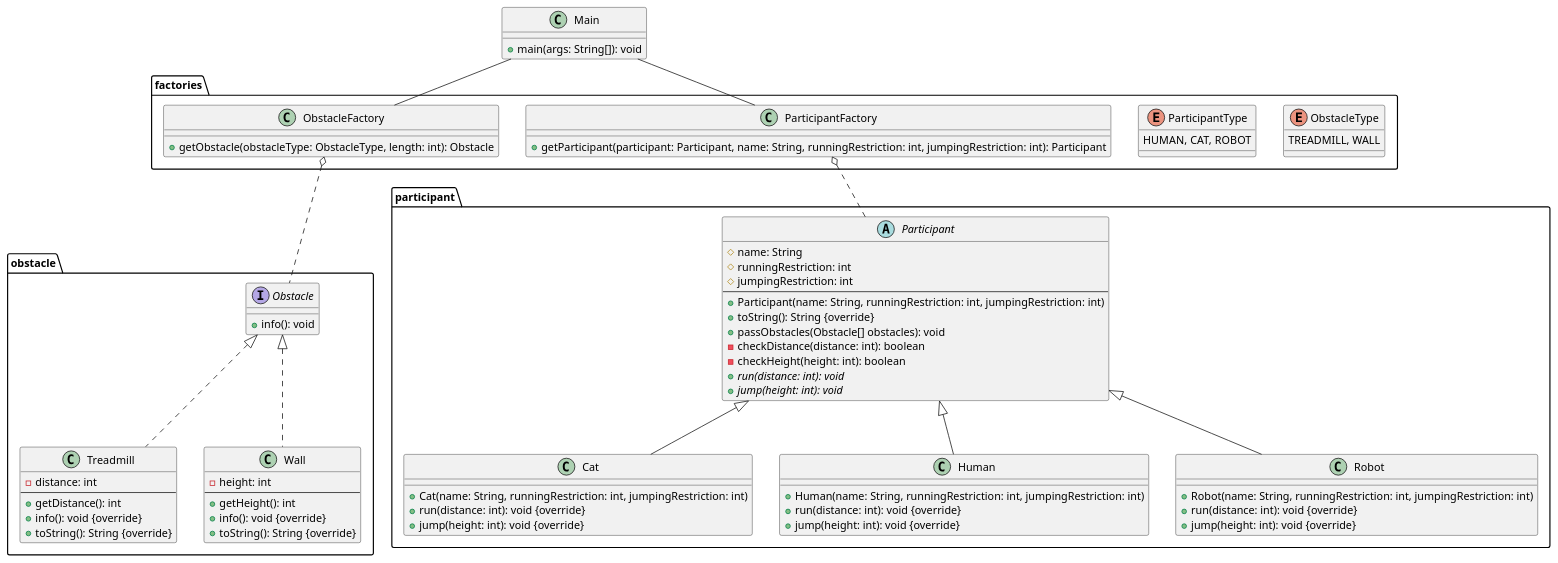
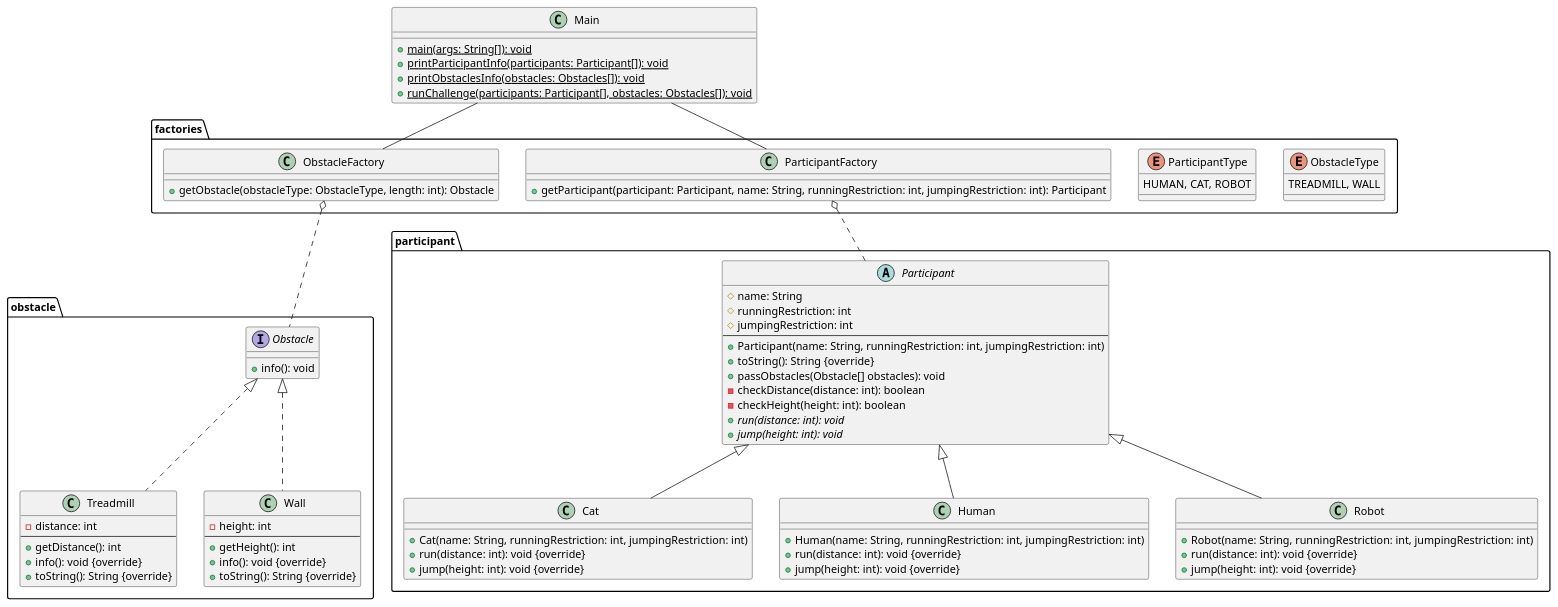
One commit to MarsMoldobekov/Java_Core changed the diagram in lesson8/src/main/java/ru/android/Project.puml. Above: the diagram before and after it, drawn with PlantUML.

Commit message:
Clean code

```diff
--- a/lesson8/src/main/java/ru/android/Project.puml
+++ b/lesson8/src/main/java/ru/android/Project.puml
@@ -1,95 +1,97 @@
 @startuml
-'https://plantuml.com/class-diagram
 
 package "participant" {
-    abstract class Participant{
+    abstract class Participant {
         #name: String
         #runningRestriction: int
         #jumpingRestriction: int
         ---
         +Participant(name: String, runningRestriction: int, jumpingRestriction: int)
         +toString(): String {override}
         +passObstacles(Obstacle[] obstacles): void
         -checkDistance(distance: int): boolean
         -checkHeight(height: int): boolean
         +{abstract}run(distance: int): void
         +{abstract}jump(height: int): void
     }
 
-    class Cat{
+    class Cat {
         +Cat(name: String, runningRestriction: int, jumpingRestriction: int)
         +run(distance: int): void {override}
         +jump(height: int): void {override}
     }
 
-    class Human{
+    class Human {
         +Human(name: String, runningRestriction: int, jumpingRestriction: int)
         +run(distance: int): void {override}
         +jump(height: int): void {override}
     }
 
-    class Robot{
+    class Robot {
         +Robot(name: String, runningRestriction: int, jumpingRestriction: int)
         +run(distance: int): void {override}
         +jump(height: int): void {override}
     }
 
     Participant <|-- Cat
     Participant <|-- Human
     Participant <|-- Robot
 }
 
 package "obstacle" {
-    interface Obstacle{
+    interface Obstacle {
         +info(): void
     }
 
-    class Treadmill{
+    class Treadmill {
         -distance: int
         ---
         +getDistance(): int
         +info(): void {override}
         +toString(): String {override}
     }
 
-    class Wall{
+    class Wall {
         -height: int
         ---
         +getHeight(): int
         +info(): void {override}
         +toString(): String {override}
     }
 
     Obstacle <|.. Treadmill
     Obstacle <|.. Wall
 }
 
 package "factories" {
     enum ObstacleType{
         TREADMILL, WALL
     }
 
-    enum ParticipantType{
+    enum ParticipantType {
         HUMAN, CAT, ROBOT
     }
 
-    class ObstacleFactory{
+    class ObstacleFactory {
         +getObstacle(obstacleType: ObstacleType, length: int): Obstacle
     }
 
-    class ParticipantFactory{
+    class ParticipantFactory {
         +getParticipant(participant: Participant, name: String, runningRestriction: int, jumpingRestriction: int): Participant
     }
 
     ObstacleFactory o.. Obstacle
     ParticipantFactory o.. Participant
 }
 
-class Main{
-    +main(args: String[]): void
+class Main {
+    +{static}main(args: String[]): void
+    +{static}printParticipantInfo(participants: Participant[]): void
+    +{static}printObstaclesInfo(obstacles: Obstacles[]): void
+    +{static}runChallenge(participants: Participant[], obstacles: Obstacles[]): void
 }
 
 Main -- ObstacleFactory
 Main -- ParticipantFactory
 
 @enduml
```
